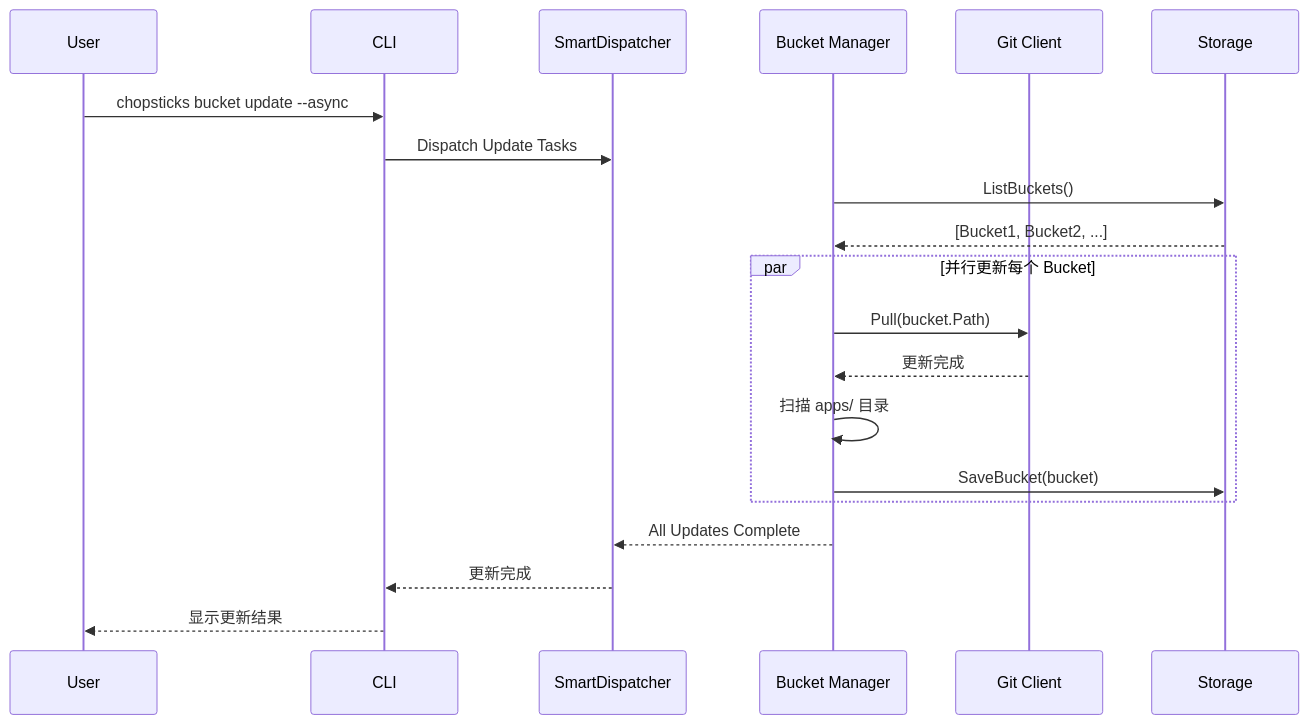
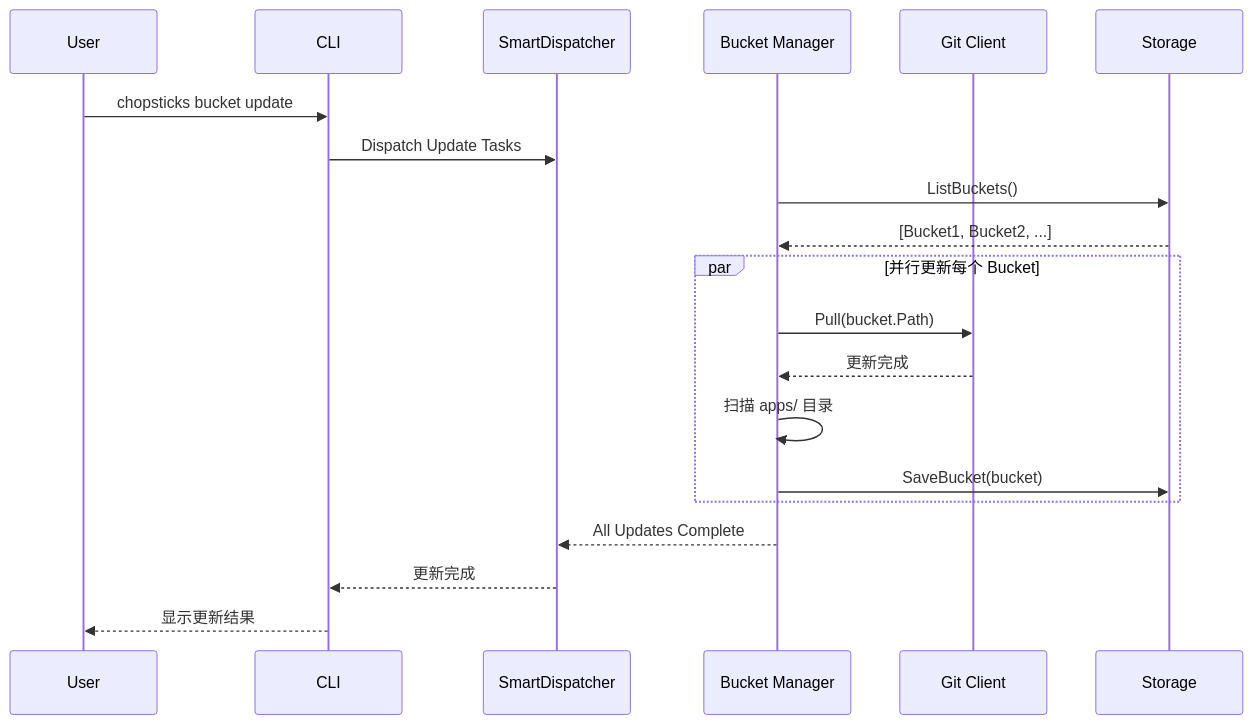
The fifth of 5 diagrams in wiki/ARCHITECTURE.md (morning-start/chopsticks), drawn with Mermaid before and after one commit. The commit also changed other lines of this file and 11 other files, not shown here.

````diff
--- a/wiki/ARCHITECTURE.md
+++ b/wiki/ARCHITECTURE.md
@@ -794,26 +790,26 @@
 ```mermaid
 sequenceDiagram
     participant User
     participant CLI
     participant Dispatcher as SmartDispatcher
     participant BucketMgr as Bucket Manager
     participant Git as Git Client
     participant Store as Storage
 
-    User->>CLI: chopsticks bucket update --async
+    User->>CLI: chopsticks bucket update
     CLI->>Dispatcher: Dispatch Update Tasks
 
     BucketMgr->>Store: ListBuckets()
     Store-->>BucketMgr: [Bucket1, Bucket2, ...]
 
     par 并行更新每个 Bucket
         BucketMgr->>Git: Pull(bucket.Path)
         Git-->>BucketMgr: 更新完成
         BucketMgr->>BucketMgr: 扫描 apps/ 目录
         BucketMgr->>Store: SaveBucket(bucket)
     end
 
     BucketMgr-->>Dispatcher: All Updates Complete
     Dispatcher-->>CLI: 更新完成
     CLI-->>User: 显示更新结果
 ```
````
